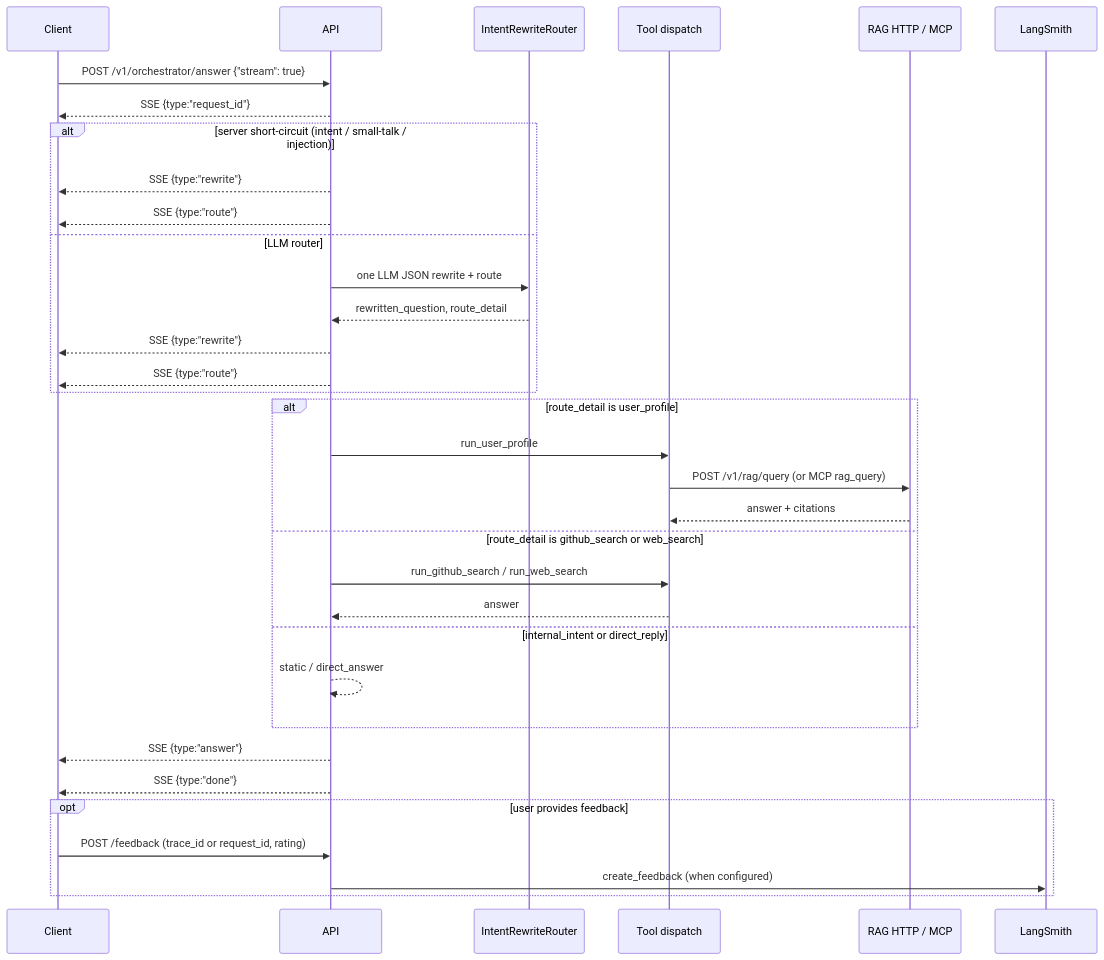
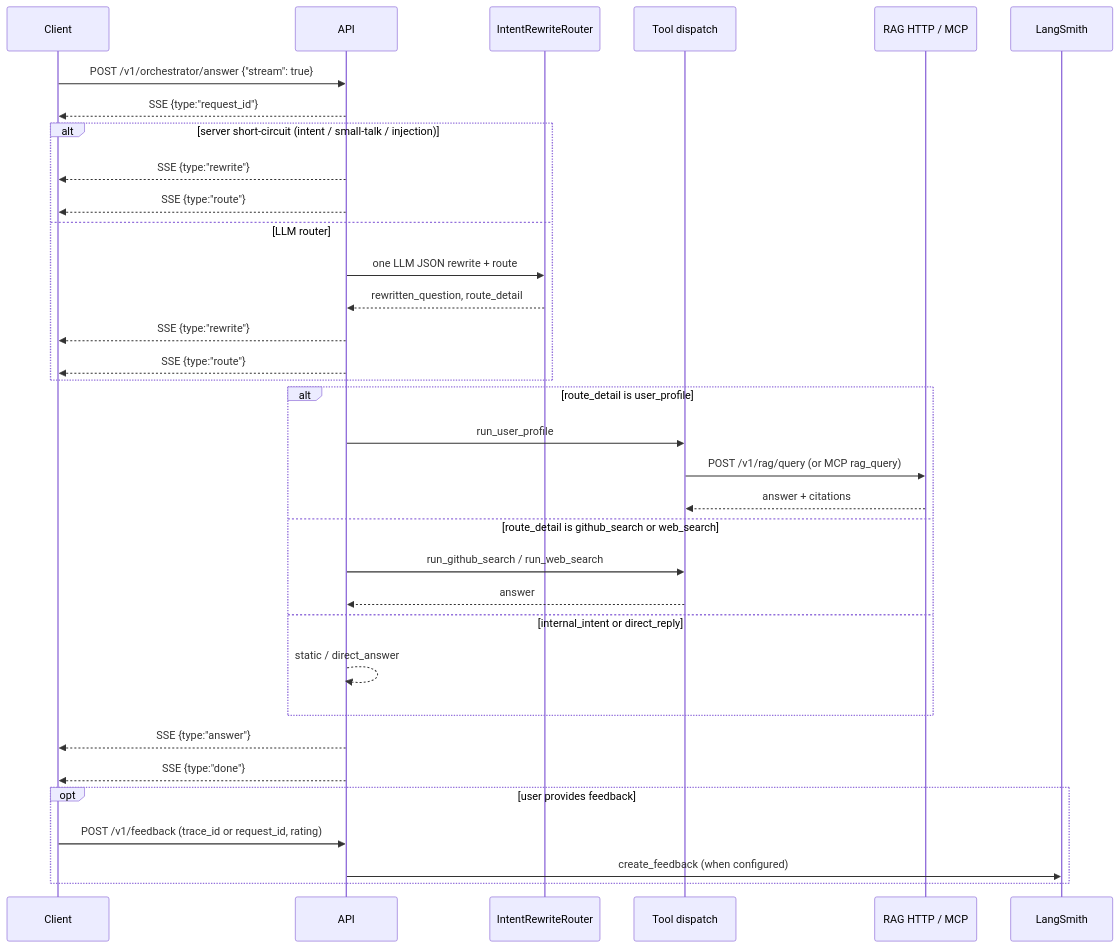
One commit to taixingbi/layer-orchestrator-v1 changed the diagram in docs/architecture.md. Above: the diagram before and after it, drawn with Mermaid. The commit also changed other lines of this file and 14 other files, not shown here.

````diff
--- a/docs/architecture.md
+++ b/docs/architecture.md
@@ -129,41 +129,41 @@
 ```mermaid
 sequenceDiagram
   participant Client
   participant API
   participant Router as IntentRewriteRouter
   participant Tools as Tool dispatch
   participant RAG as RAG HTTP / MCP
   participant LangSmith
 
   Client->>API: POST /v1/orchestrator/answer {"stream": true}
   API-->>Client: SSE {type:"request_id"}
 
   alt server short-circuit (intent / small-talk / injection)
     API-->>Client: SSE {type:"rewrite"}
     API-->>Client: SSE {type:"route"}
   else LLM router
     API->>Router: one LLM JSON rewrite + route
     Router-->>API: rewritten_question, route_detail
     API-->>Client: SSE {type:"rewrite"}
     API-->>Client: SSE {type:"route"}
   end
 
   alt route_detail is user_profile
     API->>Tools: run_user_profile
     Tools->>RAG: POST /v1/rag/query (or MCP rag_query)
     RAG-->>Tools: answer + citations
   else route_detail is github_search or web_search
     API->>Tools: run_github_search / run_web_search
     Tools-->>API: answer
   else internal_intent or direct_reply
     API-->>API: static / direct_answer
   end
 
   API-->>Client: SSE {type:"answer"}
   API-->>Client: SSE {type:"done"}
 
   opt user provides feedback
-    Client->>API: POST /feedback (trace_id or request_id, rating)
+    Client->>API: POST /v1/feedback (trace_id or request_id, rating)
     API->>LangSmith: create_feedback (when configured)
   end
 ```
````
